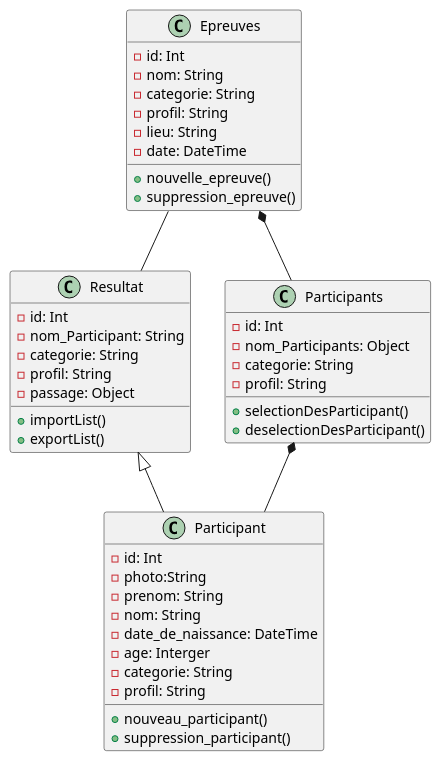
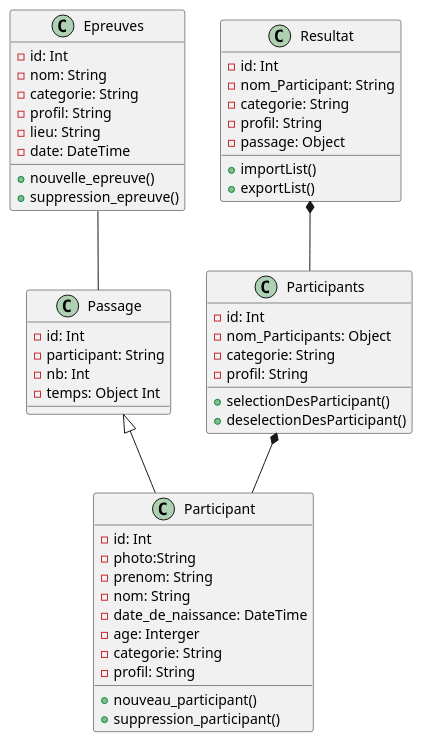
Before and after one commit to saitokojiro/Php_Ski: the diagram in test.puml, drawn with PlantUML. The commit also changed 33 other files, not shown here.

```diff
--- a/test.puml
+++ b/test.puml
@@ -1,50 +1,55 @@
 @startuml
 
 Class Epreuves{
     -id: Int
     -nom: String
     -categorie: String
     -profil: String
     -lieu: String
     -date: DateTime
     +nouvelle_epreuve()
     +suppression_epreuve()
 }
 Class Resultat{
     -id: Int
     -nom_Participant: String
     -categorie: String
     -profil: String
     -passage: Object
     +importList()
     +exportList()
 }
 Class Participant{
     -id: Int
     -photo:String
     -prenom: String
     -nom: String
     -date_de_naissance: DateTime
     -age: Interger
     -categorie: String
     -profil: String
     +nouveau_participant()
     +suppression_participant()
 
 }
 Class Participants{
     -id: Int
     -nom_Participants: Object
     -categorie: String
     -profil: String
     +selectionDesParticipant()
     +deselectionDesParticipant()
 }
-
+Class Passage{
+    -id: Int
+    -participant: String
+    -nb: Int
+    -temps: Object Int 
+}
 
 Participants *-- Participant
-Epreuves *-- Participants
-Epreuves -- Resultat
-Resultat <|-- Participant
+Resultat *-- Participants
+Epreuves -- Passage
+Passage <|-- Participant
 
 @enduml
```
